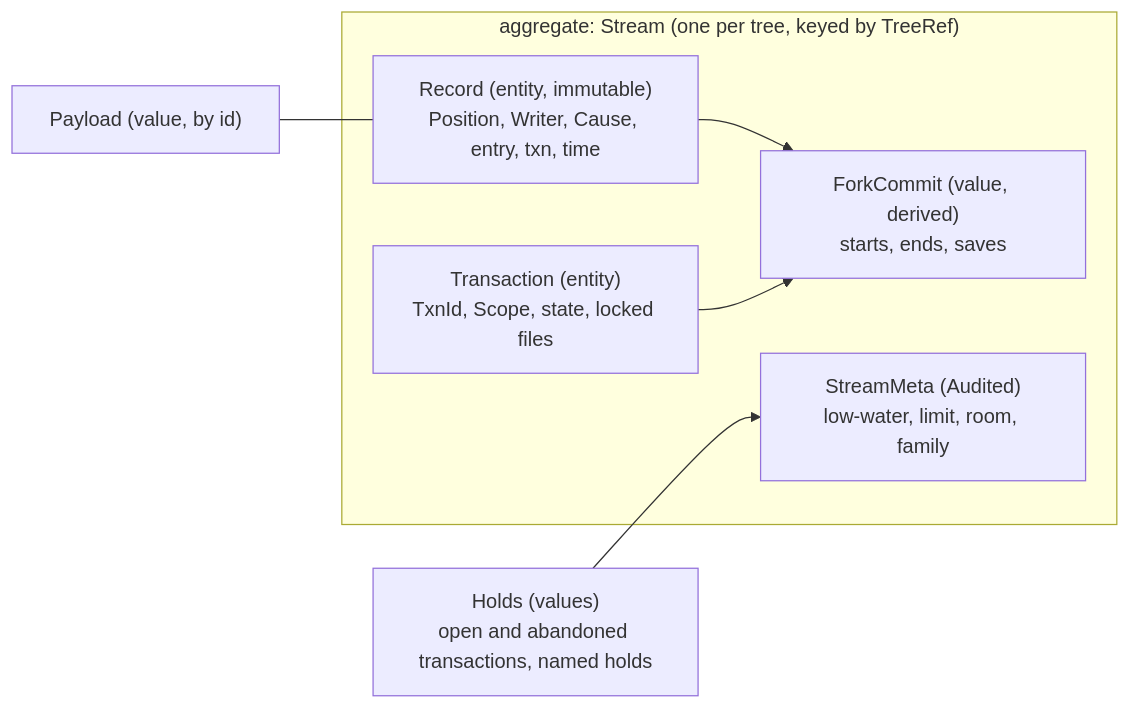
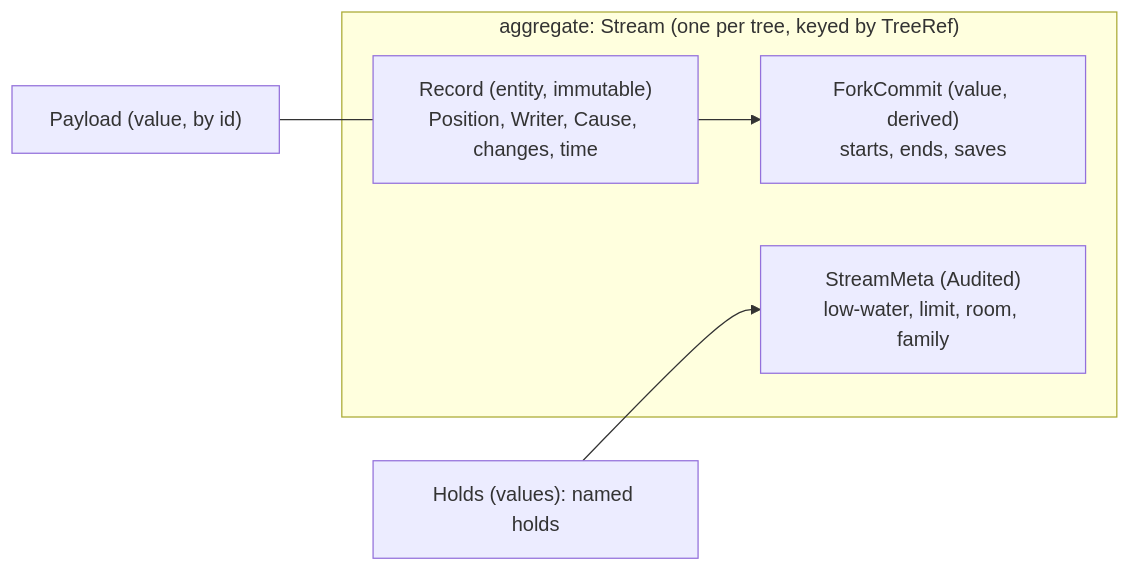
Before and after one commit to mcurcio/agentfs: the first of 4 diagrams in docs/target-architecture/domains/journal.md, drawn with Mermaid. The commit also changed other lines of this file and 12 other files, not shown here.

````diff
--- a/docs/target-architecture/domains/journal.md
+++ b/docs/target-architecture/domains/journal.md
@@ -41,13 +39,11 @@
 ```mermaid
 flowchart LR
   subgraph Agg["aggregate: Stream (one per tree, keyed by TreeRef)"]
-    R["Record (entity, immutable)\nPosition, Writer, Cause, entry, txn, time"]
-    T["Transaction (entity)\nTxnId, Scope, state, locked files"]
+    R["Record (entity, immutable)\nPosition, Writer, Cause, changes, time"]
     FC["ForkCommit (value, derived)\nstarts, ends, saves"]
     M["StreamMeta (Audited)\nlow-water, limit, room, family"]
   end
   P["Payload (value, by id)"] --- R
   R --> FC
-  T --> FC
-  H["Holds (values)\nopen and abandoned transactions, named holds"] --> M
+  H["Holds (values): named holds"] --> M
 ```
````
